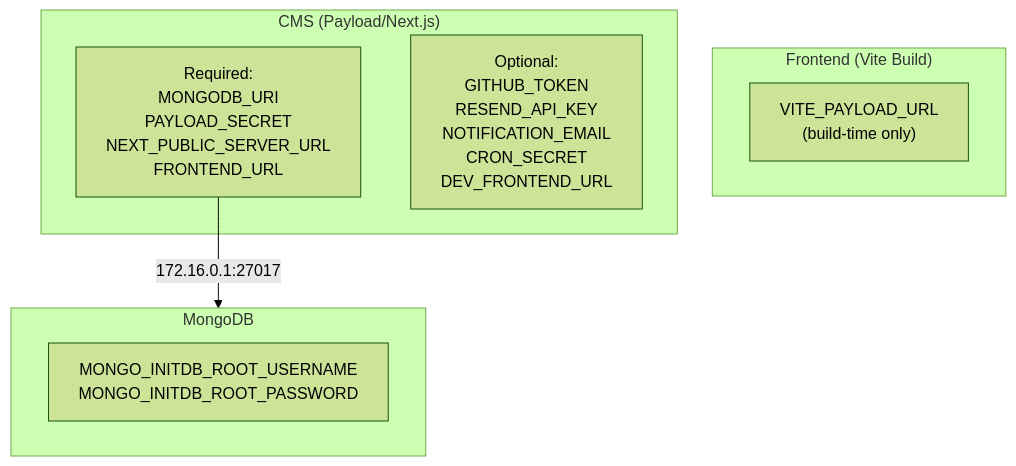
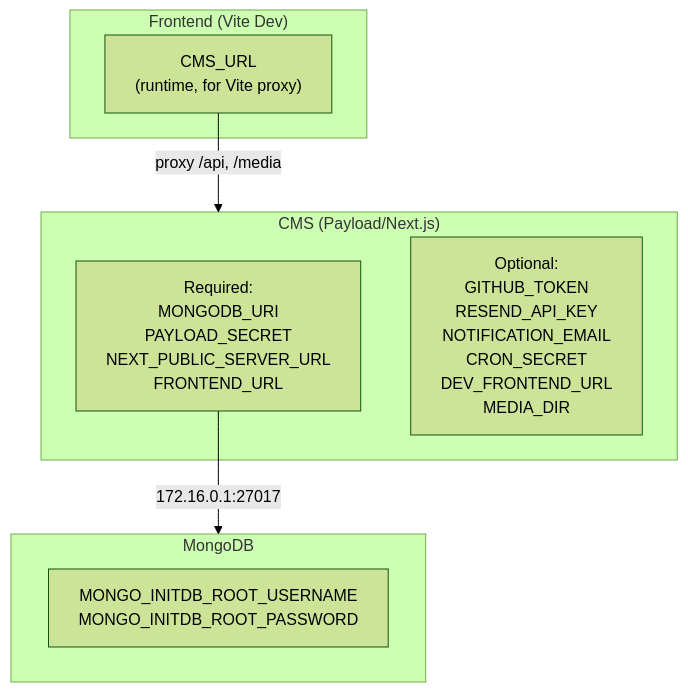
Before and after one commit to galengreen/galen.green: the diagram in docs/ENVIRONMENT.md, drawn with Mermaid (forest theme). The commit also changed other lines of this file and 1 other file, not shown here.

First line of the commit message:
docs: update development setup for Vite proxy

````diff
--- a/docs/ENVIRONMENT.md
+++ b/docs/ENVIRONMENT.md
@@ -7,17 +7,18 @@
 ```mermaid
 flowchart TB
-    subgraph Frontend["Frontend (Vite Build)"]
-        FE_ENV["VITE_PAYLOAD_URL<br/>(build-time only)"]
+    subgraph Frontend["Frontend (Vite Dev)"]
+        FE_ENV["CMS_URL<br/>(runtime, for Vite proxy)"]
     end
-    
+
     subgraph CMS["CMS (Payload/Next.js)"]
         CMS_REQ["Required:<br/>MONGODB_URI<br/>PAYLOAD_SECRET<br/>NEXT_PUBLIC_SERVER_URL<br/>FRONTEND_URL"]
-        CMS_OPT["Optional:<br/>GITHUB_TOKEN<br/>RESEND_API_KEY<br/>NOTIFICATION_EMAIL<br/>CRON_SECRET<br/>DEV_FRONTEND_URL"]
+        CMS_OPT["Optional:<br/>GITHUB_TOKEN<br/>RESEND_API_KEY<br/>NOTIFICATION_EMAIL<br/>CRON_SECRET<br/>DEV_FRONTEND_URL<br/>MEDIA_DIR"]
     end
-    
+
     subgraph MongoDB["MongoDB"]
         DB_ENV["MONGO_INITDB_ROOT_USERNAME<br/>MONGO_INITDB_ROOT_PASSWORD"]
     end
-    
+
+    FE_ENV -->|"proxy /api, /media"| CMS
     CMS_REQ -->|"172.16.0.1:27017"| MongoDB
 ```
````
